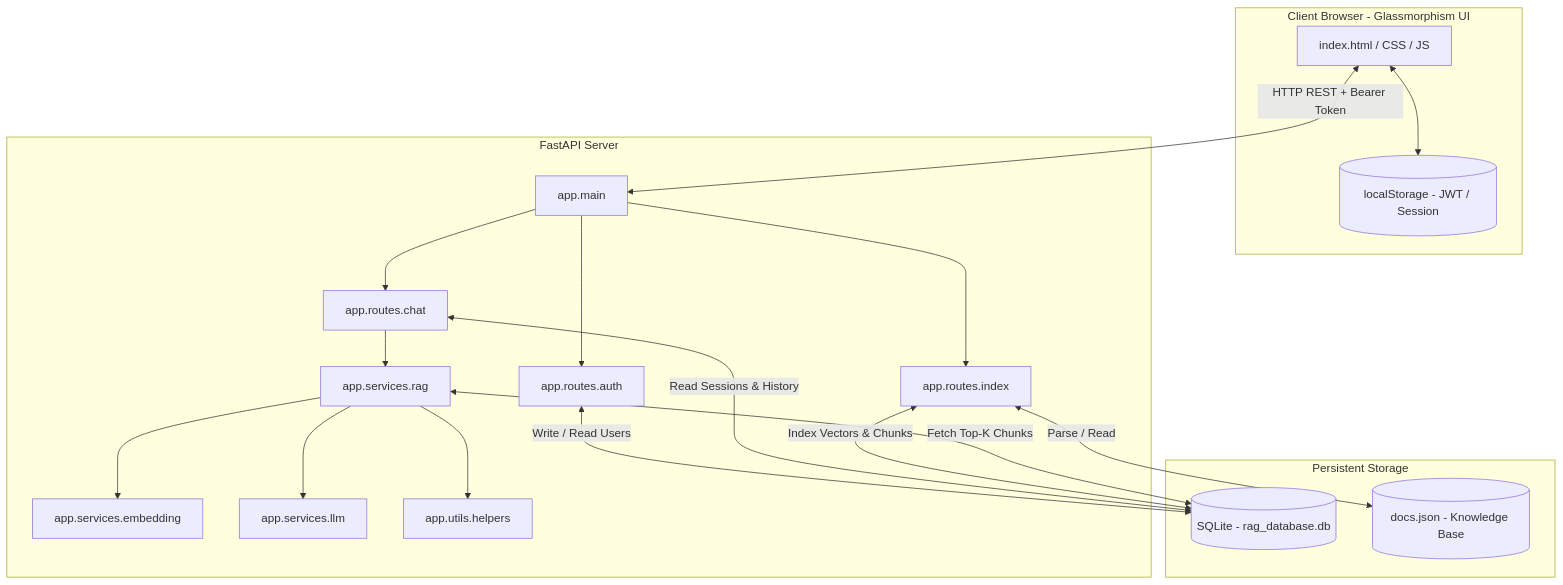
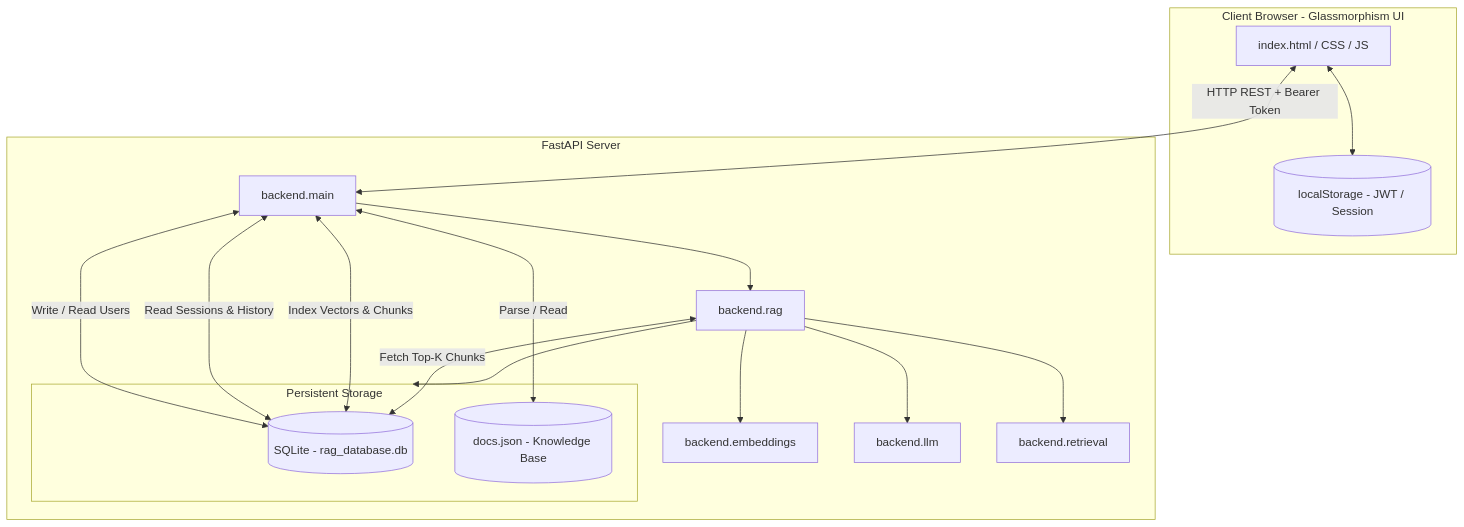
The diagram in README.md (moresandip/GenAI-Chat-Assistant-with-RAG), drawn with Mermaid before and after one commit. The commit also changed other lines of this file, not shown here.

````diff
--- a/README.md
+++ b/README.md
@@ -13,45 +13,39 @@
 ```mermaid
 graph TD
     %% Frontend Layer
     subgraph Frontend [Client Browser - Glassmorphism UI]
         UI[index.html / CSS / JS]
         LS[(localStorage - JWT / Session)]
         UI <--> LS
     end
 
     %% Backend Layer
     subgraph Backend [FastAPI Server]
-        Main[app.main]
-        AuthRouter[app.routes.auth]
-        ChatRouter[app.routes.chat]
-        IndexRouter[app.routes.index]
+        Main[backend.main]
+        RAG[backend.rag]
+        Embed[backend.embeddings]
+        LLM[backend.llm]
+        Storage[backend.storage]
+        Retrieval[backend.retrieval]
         
-        RAG[app.services.rag]
-        Embed[app.services.embedding]
-        LLM[app.services.llm]
-        Utils[app.utils.helpers]
-        
-        Main --> AuthRouter
-        Main --> ChatRouter
-        Main --> IndexRouter
-        
-        ChatRouter --> RAG
+        Main --> RAG
         RAG --> Embed
         RAG --> LLM
-        RAG --> Utils
+        RAG --> Storage
+        RAG --> Retrieval
     end
 
     %% Storage Layer
     subgraph Storage [Persistent Storage]
         DB[(SQLite - rag_database.db)]
         DF[(docs.json - Knowledge Base)]
     end
 
     %% Data Connections
     UI <-->|HTTP REST + Bearer Token| Main
-    IndexRouter <-->|Parse / Read| DF
-    AuthRouter <-->|Write / Read Users| DB
-    ChatRouter <-->|Read Sessions & History| DB
-    IndexRouter <-->|Index Vectors & Chunks| DB
+    Main <-->|Parse / Read| DF
+    Main <-->|Write / Read Users| DB
+    Main <-->|Read Sessions & History| DB
+    Main <-->|Index Vectors & Chunks| DB
     RAG <-->|Fetch Top-K Chunks| DB
 ```
````
